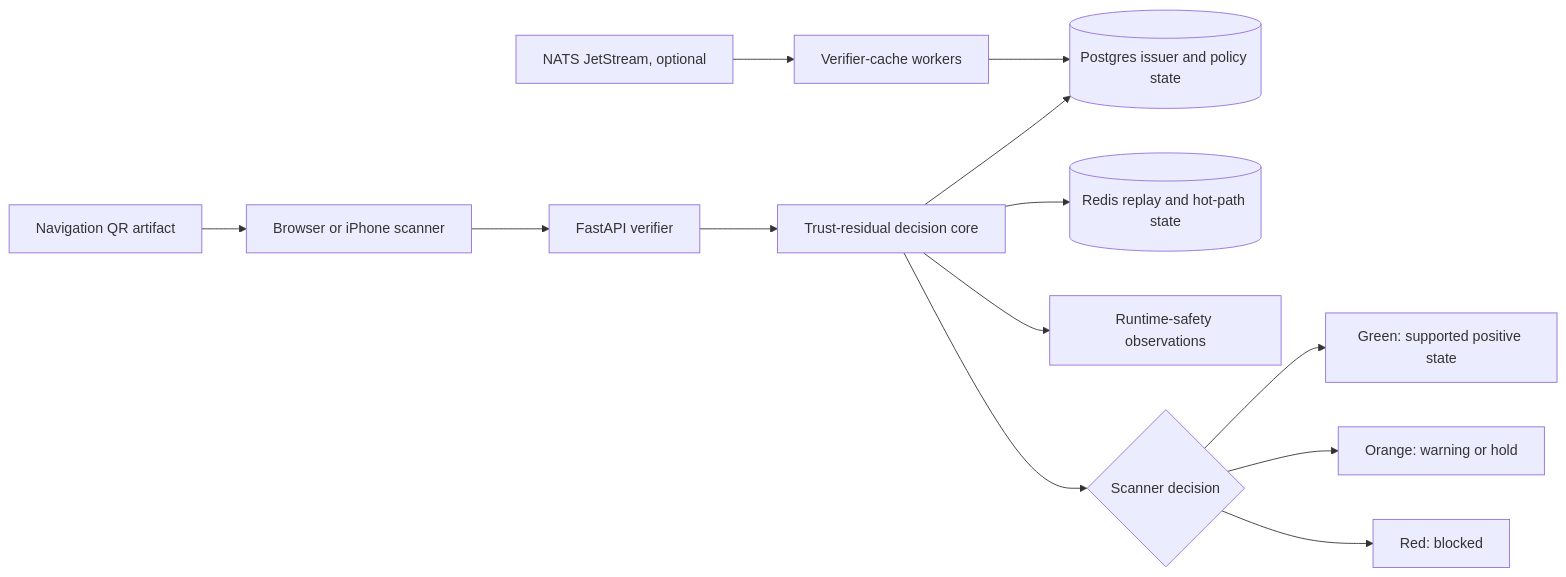
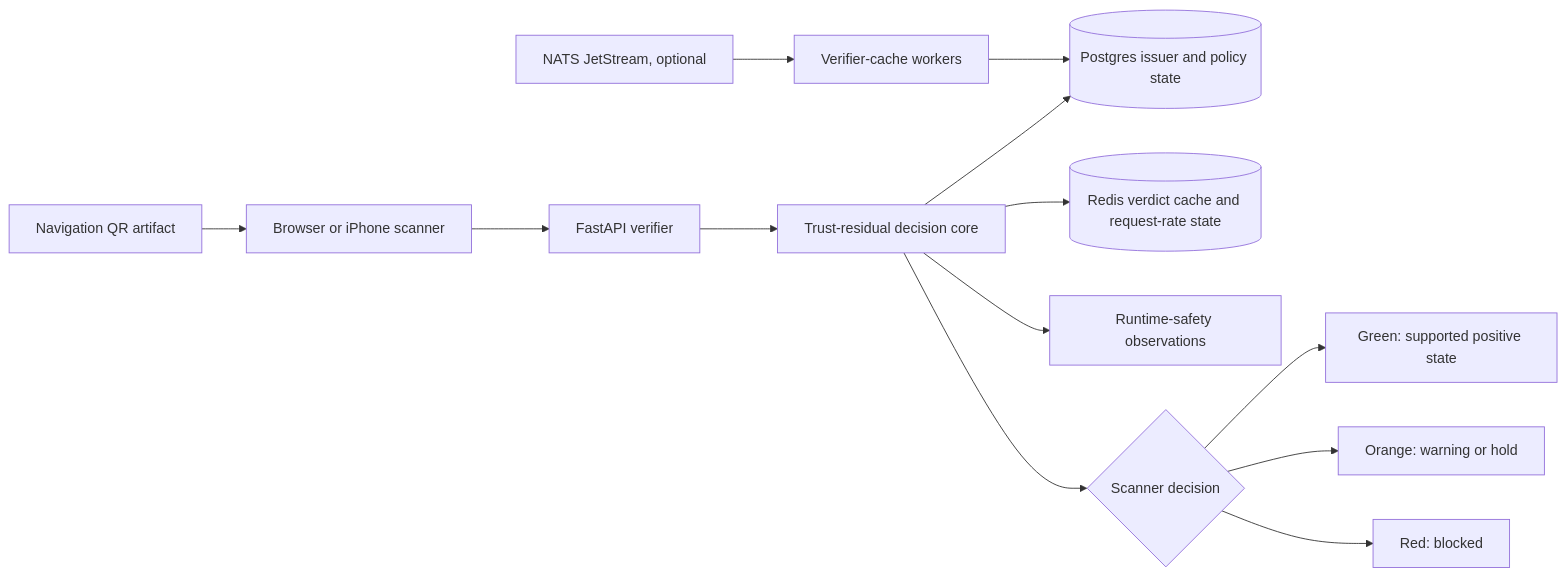
The diagram in README.md (unixtime/qr-trust-poc), drawn with Mermaid before and after one commit. The commit also changed other lines of this file and 14 other files, not shown here.

````diff
--- a/README.md
+++ b/README.md
@@ -78,15 +83,15 @@
 ```mermaid
 flowchart LR
     QR[Navigation QR artifact] --> SCAN[Browser or iPhone scanner]
     SCAN --> API[FastAPI verifier]
     API --> CORE[Trust-residual decision core]
     CORE --> STATE[(Postgres issuer and policy state)]
-    CORE --> HOT[(Redis replay and hot-path state)]
+    CORE --> HOT[(Redis verdict cache and request-rate state)]
     CORE --> RUNTIME[Runtime-safety observations]
     BUS[NATS JetStream, optional] --> CACHE[Verifier-cache workers]
     CACHE --> STATE
     CORE --> DECISION{Scanner decision}
     DECISION --> GREEN[Green: supported positive state]
     DECISION --> ORANGE[Orange: warning or hold]
     DECISION --> RED[Red: blocked]
 ```
````
